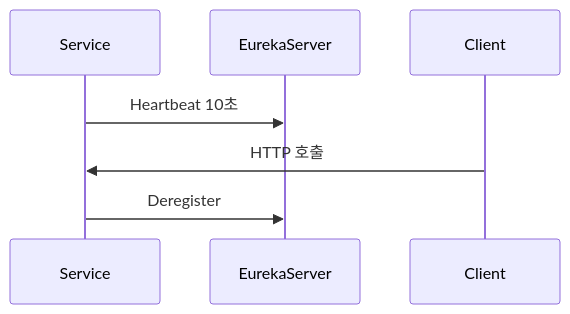
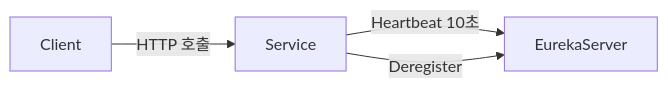
One commit to yjkim2015/yjkim2015.github.io changed the first of 4 diagrams in _posts/spring/2026-05-01-spring-eureka.md. Above: the diagram before and after it, drawn with Mermaid. The commit also changed other lines of this file and 84 other files, not shown here.

First line of the commit message:
85개 포스트 Mermaid 다이어그램 규칙 일괄 수정

````diff
--- a/_posts/spring/2026-05-01-spring-eureka.md
+++ b/_posts/spring/2026-05-01-spring-eureka.md
@@ -28,6 +28,6 @@
 ```mermaid
-sequenceDiagram
-    Service->>EurekaServer: Heartbeat 10초
-    Client->>Service: HTTP 호출
-    Service->>EurekaServer: Deregister
+graph LR
+    SVC["Service"] -->|"Heartbeat 10초"| ES["EurekaServer"]
+    CL["Client"] -->|"HTTP 호출"| SVC
+    SVC -->|"Deregister"| ES
 ```
````
